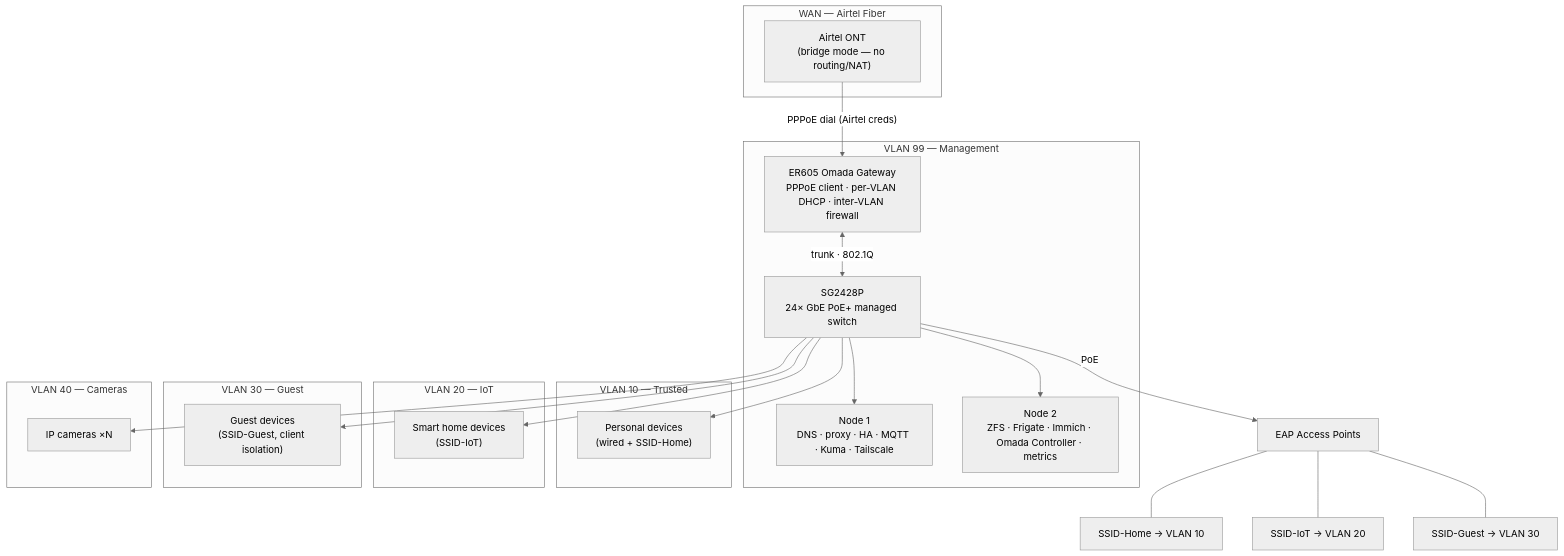
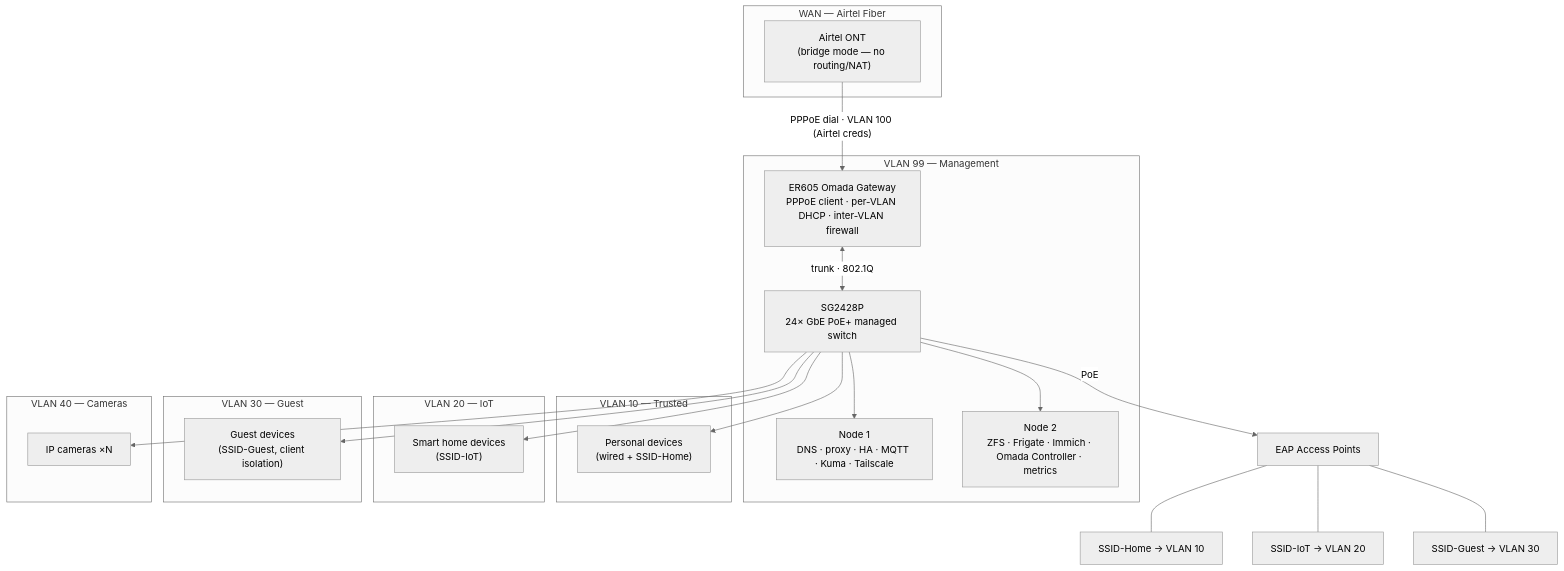
Before and after one commit to AdityaJain2162/homelab: the first of 2 diagrams in docs/network.md, drawn with Mermaid (neutral theme). The commit also changed other lines of this file and 1 other file, not shown here.

Commit message:
Document VLAN 100 PPPoE, VLAN quick-ref in AGENTS.md, Omada automation options

````diff
--- a/docs/network.md
+++ b/docs/network.md
@@ -7,39 +7,39 @@
 ```mermaid
 flowchart TB
   subgraph WAN["WAN — Airtel Fiber"]
     ONT["Airtel ONT<br/>(bridge mode — no routing/NAT)"]
   end
 
-  ONT -->|"PPPoE dial (Airtel creds)"| ER605["ER605 Omada Gateway<br/>PPPoE client · per-VLAN DHCP · inter-VLAN firewall"]
+  ONT -->|"PPPoE dial · VLAN 100 (Airtel creds)"| ER605["ER605 Omada Gateway<br/>PPPoE client · per-VLAN DHCP · inter-VLAN firewall"]
 
   ER605 <-->|"trunk · 802.1Q"| SW["SG2428P<br/>24× GbE PoE+ managed switch"]
 
   subgraph VLAN99["VLAN 99 — Management"]
     N1["Node 1<br/>DNS · proxy · HA · MQTT · Kuma · Tailscale"]
     N2["Node 2<br/>ZFS · Frigate · Immich · Omada Controller · metrics"]
     SW
     ER605
   end
 
   subgraph VLAN10["VLAN 10 — Trusted"]
     USERS["Personal devices<br/>(wired + SSID-Home)"]
   end
 
   subgraph VLAN20["VLAN 20 — IoT"]
     IOT["Smart home devices<br/>(SSID-IoT)"]
   end
 
   subgraph VLAN30["VLAN 30 — Guest"]
     GUEST["Guest devices<br/>(SSID-Guest, client isolation)"]
   end
 
   subgraph VLAN40["VLAN 40 — Cameras"]
     CAM["IP cameras ×N"]
   end
 
   SW --> N1 & N2 & USERS & IOT & GUEST & CAM
   SW -->|PoE| EAP["EAP Access Points"]
   EAP --- SSID1["SSID-Home → VLAN 10"]
   EAP --- SSID2["SSID-IoT → VLAN 20"]
   EAP --- SSID3["SSID-Guest → VLAN 30"]
 ```
````
